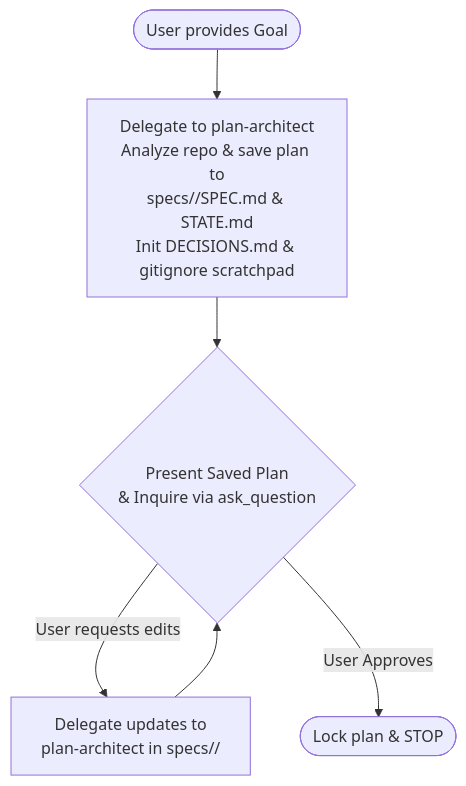
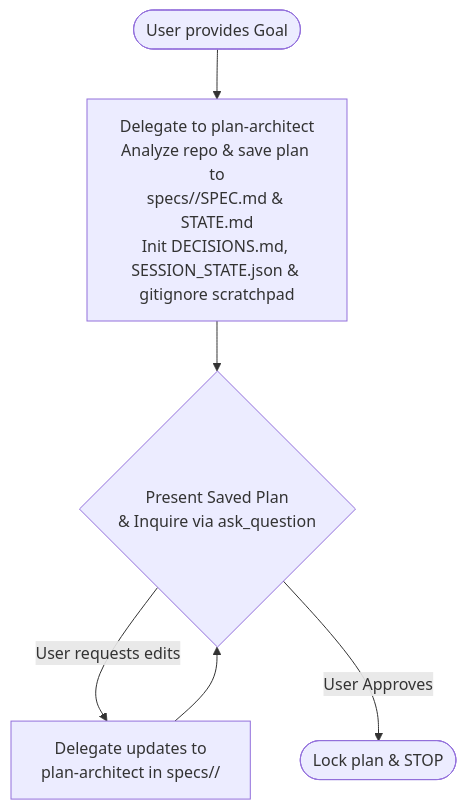
Before and after one commit to nsrandom/gemini-staged-build: the first of 3 diagrams in skills/staged-build/SKILL.md, drawn with Mermaid. The commit also changed other lines of this file and 12 other files, not shown here.

Commit message:
v1.4.0: Added stage-runner sub-orchestrator, tiered cleanup, compact return payloads, and SESSION_STATE.json

````diff
--- a/skills/staged-build/SKILL.md
+++ b/skills/staged-build/SKILL.md
@@ -96,8 +116,8 @@
 ```mermaid
 flowchart TD
-    Start([User provides Goal]) --> PlanDraft[Delegate to plan-architect\nAnalyze repo & save plan to\nspecs/<feature>/SPEC.md & STATE.md\nInit DECISIONS.md & gitignore scratchpad]
+    Start([User provides Goal]) --> PlanDraft[Delegate to plan-architect\nAnalyze repo & save plan to\nspecs/<feature>/SPEC.md & STATE.md\nInit DECISIONS.md, SESSION_STATE.json & gitignore scratchpad]
     PlanDraft --> UserReview{Present Saved Plan\n& Inquire via ask_question}
     UserReview -- "User requests edits" --> UpdatePlan[Delegate updates to\nplan-architect in specs/<feature>/]
     UpdatePlan --> UserReview
     UserReview -- "User Approves" --> Stop([Lock plan & STOP])
 ```
````
